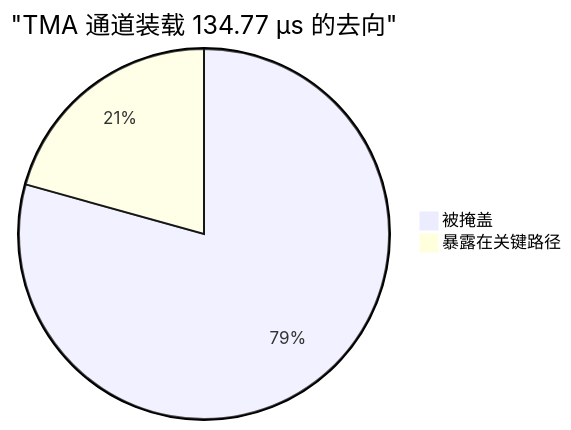
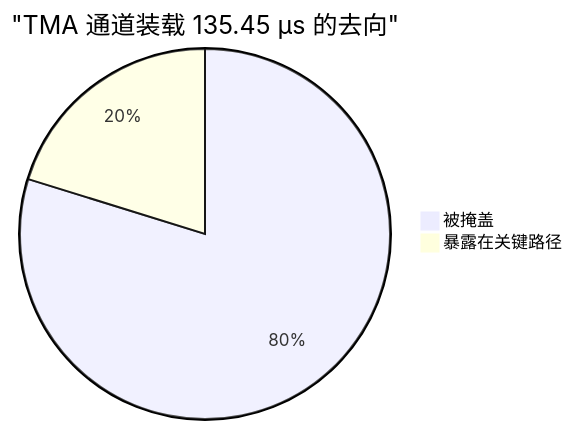
The sixth of 9 diagrams in teams/hardware/docs/03_TMA_AND_SRAM.md (xqdan/xihu), drawn with Mermaid before and after one commit. The commit also changed other lines of this file and 36 other files, not shown here.

````diff
--- a/teams/hardware/docs/03_TMA_AND_SRAM.md
+++ b/teams/hardware/docs/03_TMA_AND_SRAM.md
@@ -194,5 +194,5 @@
 ```mermaid
-pie title "TMA 通道装载 134.77 µs 的去向"
-  "被掩盖" : 106.91
-  "暴露在关键路径" : 27.87
+pie title "TMA 通道装载 135.45 µs 的去向"
+  "被掩盖" : 108.07
+  "暴露在关键路径" : 27.37
 ```
````
